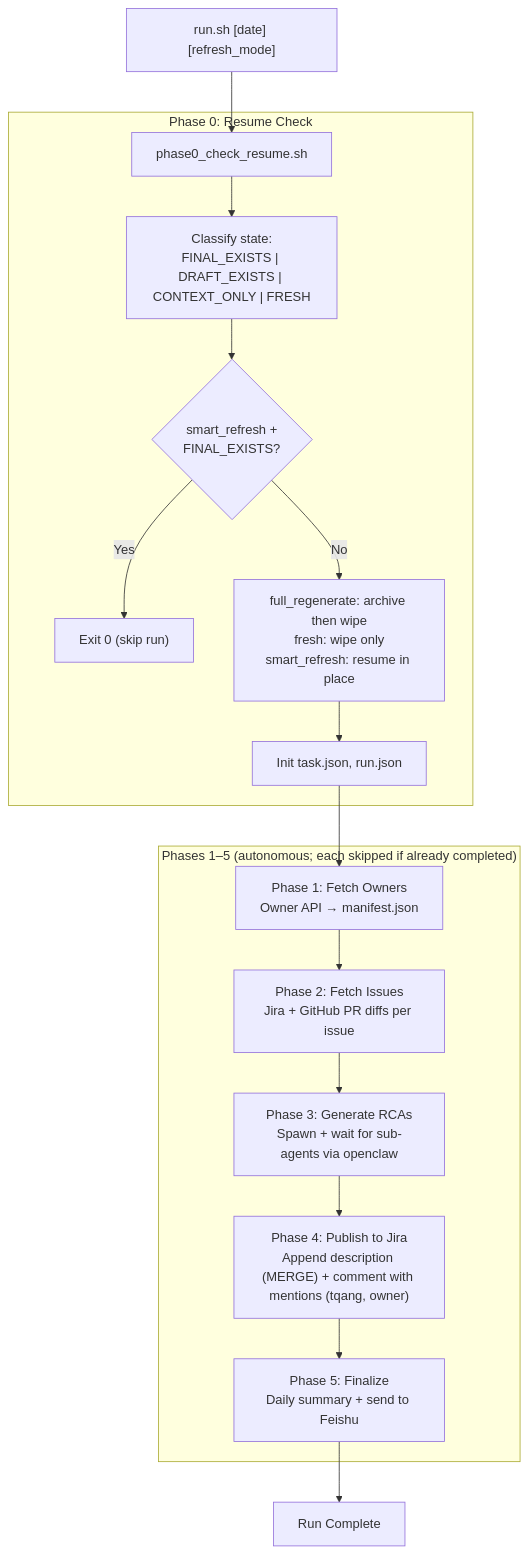
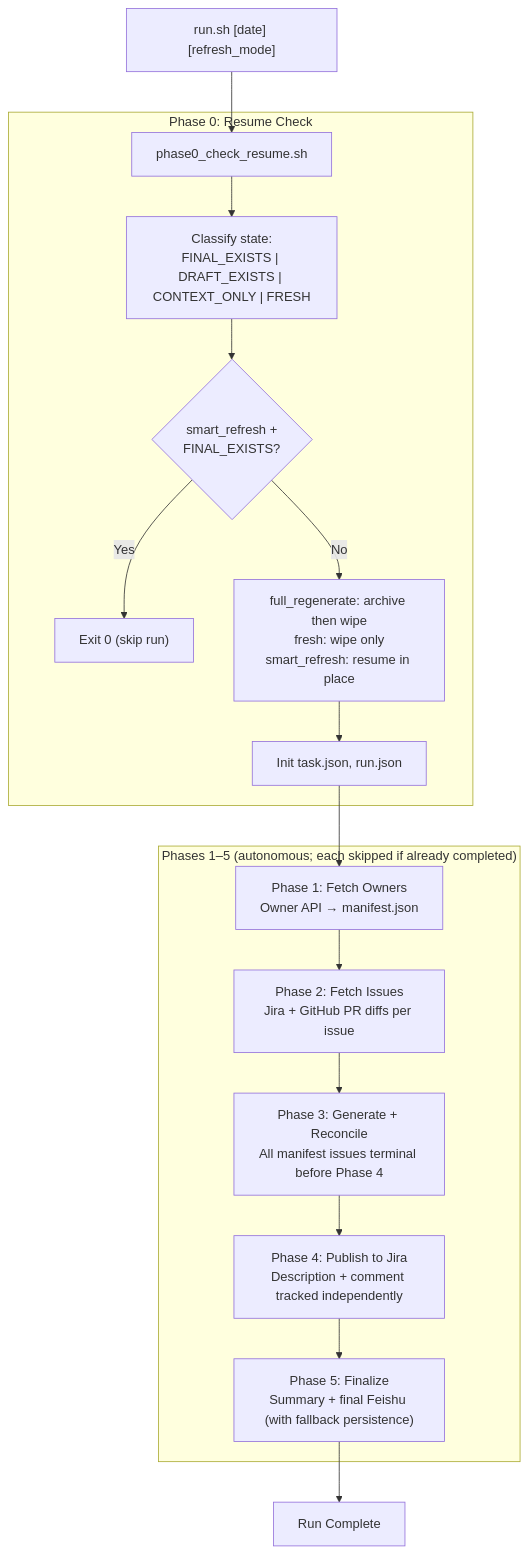
Before and after one commit to snowshine0216/openclaw-qa-workspace: the diagram in workspace-daily/docs/RCA_DAILY_SKILL_REFACTOR_DESIGN.md, drawn with Mermaid. The commit also changed other lines of this file and 27 other files, not shown here.

````diff
--- a/workspace-daily/docs/RCA_DAILY_SKILL_REFACTOR_DESIGN.md
+++ b/workspace-daily/docs/RCA_DAILY_SKILL_REFACTOR_DESIGN.md
@@ -15,34 +15,34 @@
 ```mermaid
 flowchart TB
     subgraph phase0["Phase 0: Resume Check"]
         P0["phase0_check_resume.sh"]
         CLASSIFY["Classify state:<br/>FINAL_EXISTS | DRAFT_EXISTS | CONTEXT_ONLY | FRESH"]
         DECISION{"smart_refresh +<br/>FINAL_EXISTS?"}
         EXIT0["Exit 0 (skip run)"]
         PREP["full_regenerate: archive then wipe<br/>fresh: wipe only<br/>smart_refresh: resume in place"]
         INIT["Init task.json, run.json"]
     end
 
     subgraph phases["Phases 1–5 (autonomous; each skipped if already completed)"]
         P1["Phase 1: Fetch Owners<br/>Owner API → manifest.json"]
         P2["Phase 2: Fetch Issues<br/>Jira + GitHub PR diffs per issue"]
-        P3["Phase 3: Generate RCAs<br/>Spawn + wait for sub-agents via openclaw"]
-        P4["Phase 4: Publish to Jira<br/>Append description (MERGE) + comment with mentions (tqang, owner)"]
-        P5["Phase 5: Finalize<br/>Daily summary + send to Feishu"]
+        P3["Phase 3: Generate + Reconcile<br/>All manifest issues terminal before Phase 4"]
+        P4["Phase 4: Publish to Jira<br/>Description + comment tracked independently"]
+        P5["Phase 5: Finalize<br/>Summary + final Feishu (with fallback persistence)"]
     end
 
     P0 --> CLASSIFY
     CLASSIFY --> DECISION
     DECISION -->|Yes| EXIT0
     DECISION -->|No| PREP
     PREP --> INIT
     INIT --> P1
     P1 --> P2
     P2 --> P3
     P3 --> P4
     P4 --> P5
     P5 --> DONE["Run Complete"]
 
     RUN["run.sh [date] [refresh_mode]"]
     RUN --> P0
 ```
````
